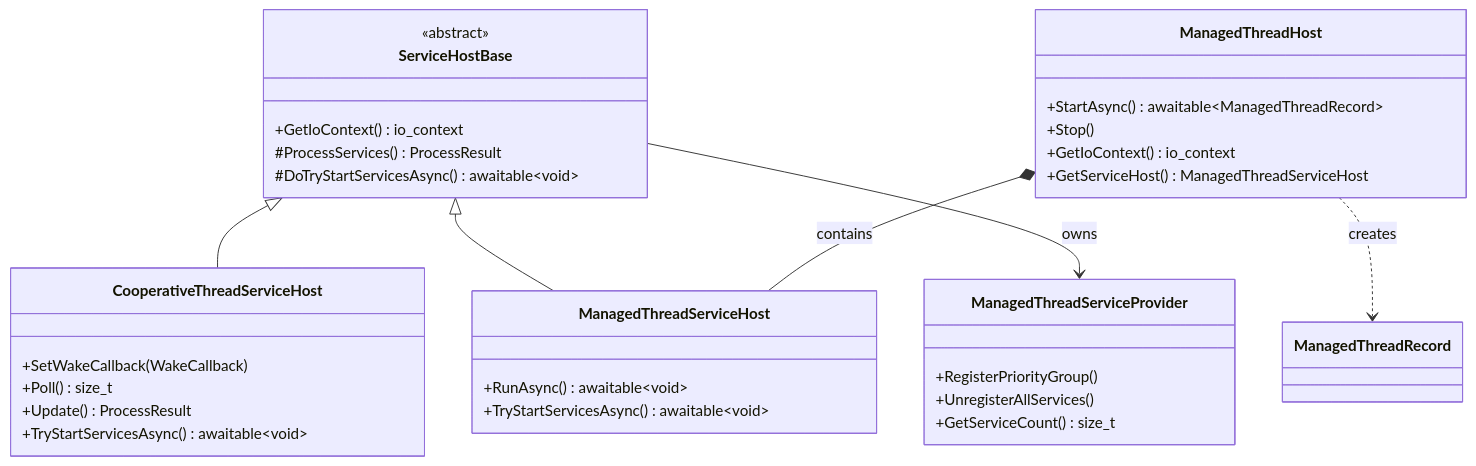
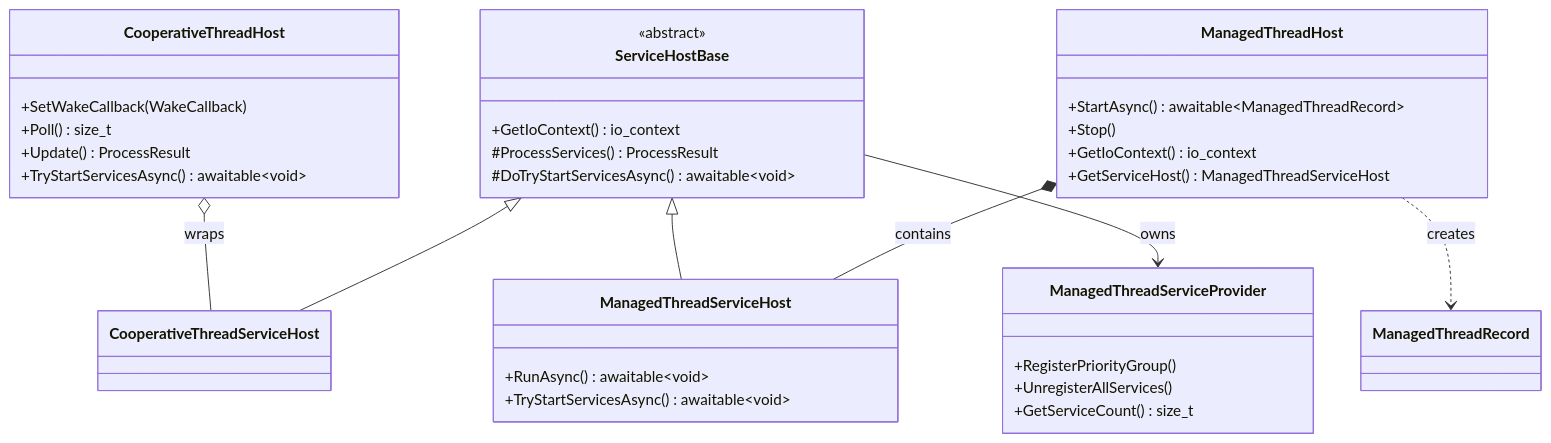
The third of 10 diagrams in docs/class-diagrams.md (Unarmed1000/ServiceFrameworkExperiments), drawn with Mermaid before and after one commit. The commit also changed 2 other files, not shown here.

Commit message:
Rename CooperativeThreadServiceHost to CooperativeThreadHost for consistency across documentation

````diff
--- a/docs/class-diagrams.md
+++ b/docs/class-diagrams.md
@@ -71,45 +71,46 @@
 ```mermaid
 classDiagram
     direction TB
 
     class ServiceHostBase {
         <<abstract>>
         +GetIoContext() io_context
         #ProcessServices() ProcessResult
         #DoTryStartServicesAsync() awaitable~void~
     }
 
-    class CooperativeThreadServiceHost {
+    class CooperativeThreadHost {
         +SetWakeCallback(WakeCallback)
         +Poll() size_t
         +Update() ProcessResult
         +TryStartServicesAsync() awaitable~void~
     }
 
     class ManagedThreadServiceHost {
         +RunAsync() awaitable~void~
         +TryStartServicesAsync() awaitable~void~
     }
 
     class ManagedThreadHost {
         +StartAsync() awaitable~ManagedThreadRecord~
         +Stop()
         +GetIoContext() io_context
         +GetServiceHost() ManagedThreadServiceHost
     }
 
     class ManagedThreadServiceProvider {
         +RegisterPriorityGroup()
         +UnregisterAllServices()
         +GetServiceCount() size_t
     }
 
     class ManagedThreadRecord
 
+    CooperativeThreadHost o-- CooperativeThreadServiceHost : wraps
     ServiceHostBase <|-- CooperativeThreadServiceHost
     ServiceHostBase <|-- ManagedThreadServiceHost
     ServiceHostBase --> ManagedThreadServiceProvider : owns
 
     ManagedThreadHost *-- ManagedThreadServiceHost : contains
     ManagedThreadHost ..> ManagedThreadRecord : creates
 ```
````
